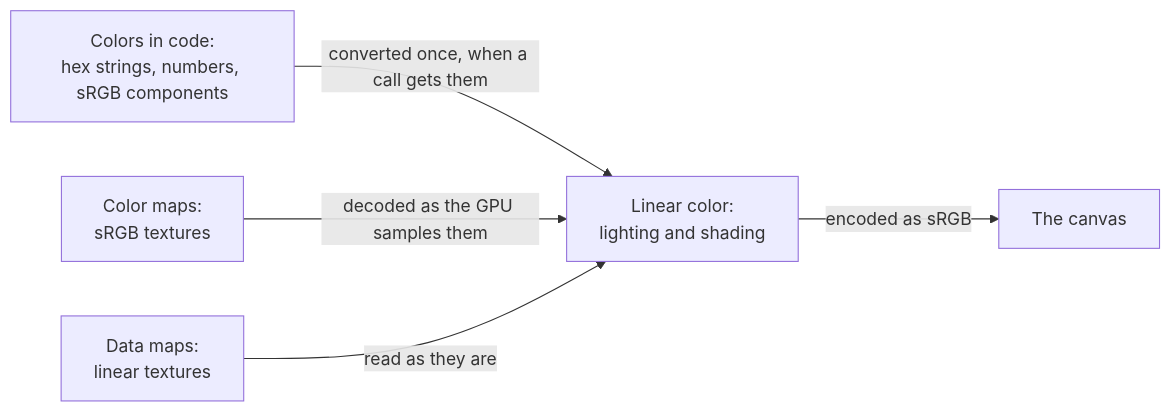
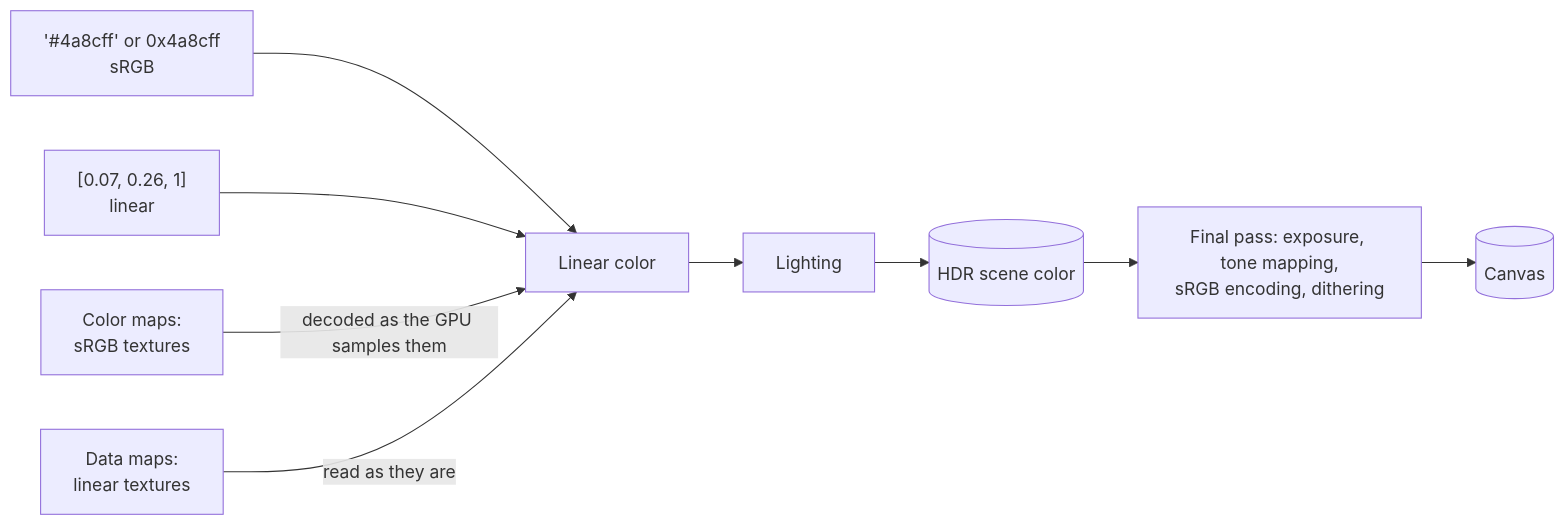
Before and after one commit to null3d-engine/null3d: the diagram in docs/concepts/color-management.md, drawn with Mermaid. The commit also changed other lines of this file and 415 other files, not shown here.

First line of the commit message:
feat(engine): draw scene color in HDR and tone map it in a final pass (#96)

````diff
--- a/docs/concepts/color-management.md
+++ b/docs/concepts/color-management.md
@@ -13,7 +13,9 @@
 ```mermaid
 flowchart LR
-    colors["Colors in code:<br/>hex strings, numbers, sRGB components"] -->|"converted once, when a call gets them"| linear["Linear color:<br/>lighting and shading"]
+    hex["'#4a8cff' or 0x4a8cff<br/>sRGB"] --> linear
+    arr["[0.07, 0.26, 1]<br/>linear"] --> linear
     maps["Color maps:<br/>sRGB textures"] -->|"decoded as the GPU samples them"| linear
     data["Data maps:<br/>linear textures"] -->|"read as they are"| linear
-    linear -->|"encoded as sRGB"| canvas["The canvas"]
+    linear["Linear color"] --> light["Lighting"] --> scene[("HDR scene color")]
+    scene --> final["Final pass: exposure, tone mapping,<br/>sRGB encoding, dithering"] --> canvas[("Canvas")]
 ```
````
